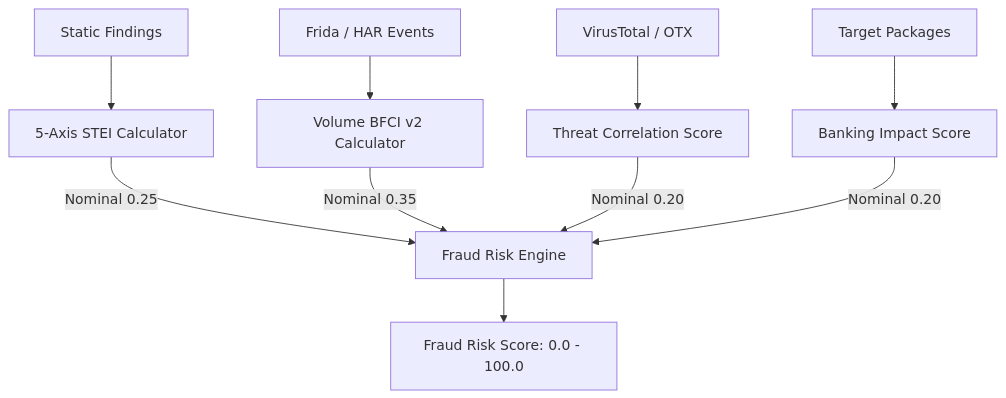
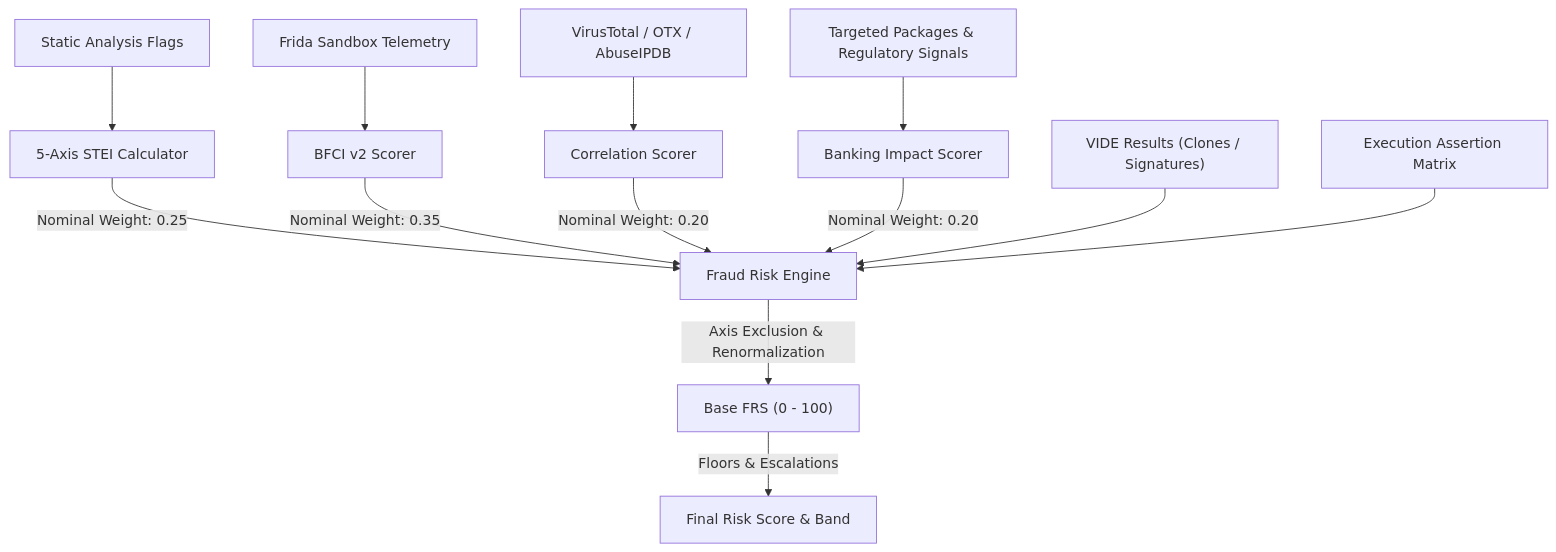
The diagram in docs/architecture/08_DETERMINISTIC_RISK_ENGINE.md (SanTiwari07/Sudarshan), drawn with Mermaid before and after one commit. The commit also changed other lines of this file and 17 other files, not shown here.

Commit message:
initialize and synchronize comprehensive architectural and platform documentation suite

````diff
--- a/docs/architecture/08_DETERMINISTIC_RISK_ENGINE.md
+++ b/docs/architecture/08_DETERMINISTIC_RISK_ENGINE.md
@@ -33,14 +28,18 @@
 ```mermaid
 graph TD
-    STATIC[Static Findings] --> STEI_CALC[5-Axis STEI Calculator]
-    DYNAMIC[Frida / HAR Events] --> BFCI_CALC[Volume BFCI v2 Calculator]
-    INTEL[VirusTotal / OTX] --> CORR_CALC[Threat Correlation Score]
-    BANKS[Target Packages] --> BANK_CALC[Banking Impact Score]
+    STATIC["Static Analysis Flags"] --> STEI_CALC["5-Axis STEI Calculator"]
+    DYNAMIC["Frida Sandbox Telemetry"] --> BFCI_CALC["BFCI v2 Scorer"]
+    INTEL["VirusTotal / OTX / AbuseIPDB"] --> CORR_CALC["Correlation Scorer"]
+    BANKS["Targeted Packages & Regulatory Signals"] --> BANK_CALC["Banking Impact Scorer"]
 
-    STEI_CALC -->|Nominal 0.25| FRS_ENG[Fraud Risk Engine]
-    BFCI_CALC -->|Nominal 0.35| FRS_ENG
-    CORR_CALC -->|Nominal 0.20| FRS_ENG
-    BANK_CALC -->|Nominal 0.20| FRS_ENG
+    STEI_CALC -->|Nominal Weight: 0.25| FRS_ENG["Fraud Risk Engine"]
+    BFCI_CALC -->|Nominal Weight: 0.35| FRS_ENG
+    CORR_CALC -->|Nominal Weight: 0.20| FRS_ENG
+    BANK_CALC -->|Nominal Weight: 0.20| FRS_ENG
 
-    FRS_ENG --> FRS[Fraud Risk Score: 0.0 - 100.0]
+    VIDE["VIDE Results (Clones / Signatures)"] --> FRS_ENG
+    ASSERT["Execution Assertion Matrix"] --> FRS_ENG
+
+    FRS_ENG -->|Axis Exclusion & Renormalization| BASE_FRS["Base FRS (0 - 100)"]
+    BASE_FRS -->|Floors & Escalations| FINAL_SCORE["Final Risk Score & Band"]
 ```
````
